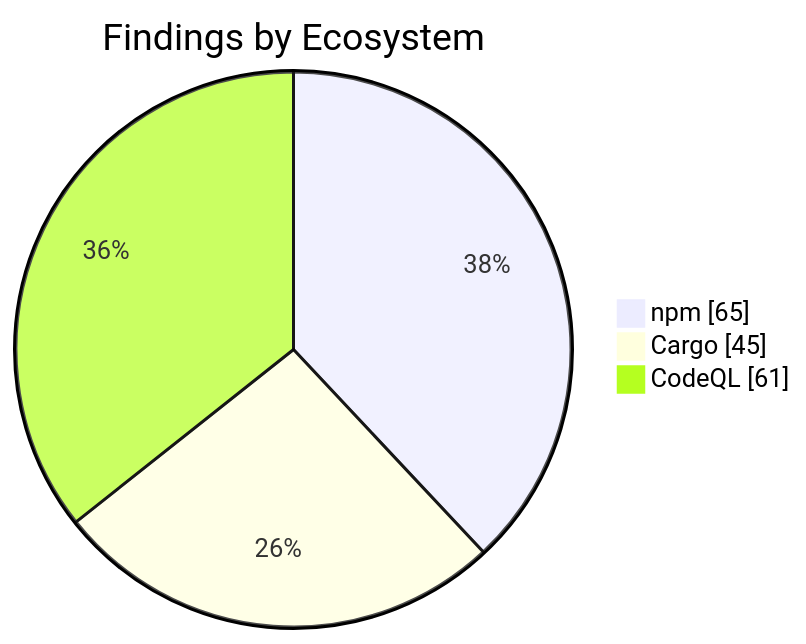
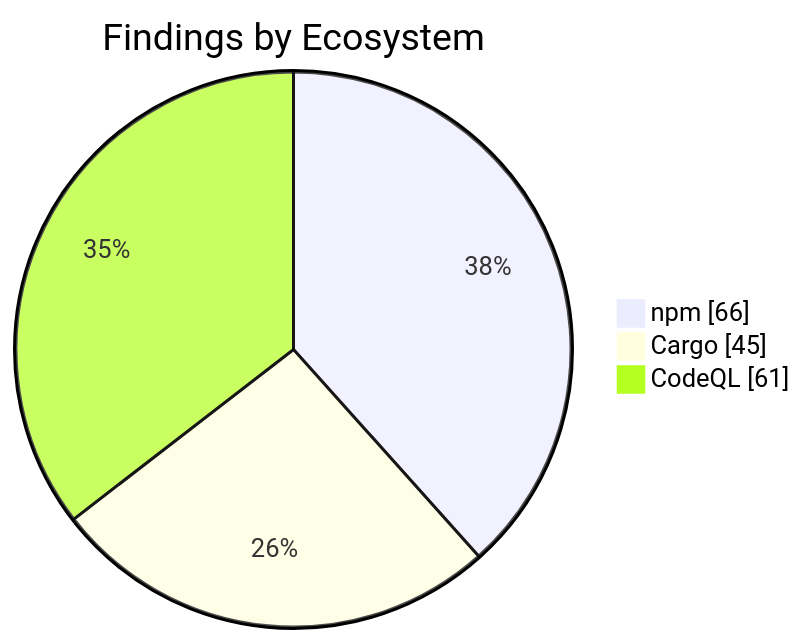
The second of 2 diagrams in apps/kbve/astro-kbve/src/content/docs/dashboard/security.mdx (KBVE/kbve), drawn with Mermaid before and after one commit. The commit also changed other lines of this file and 8 other files, not shown here.

````diff
--- a/apps/kbve/astro-kbve/src/content/docs/dashboard/security.mdx
+++ b/apps/kbve/astro-kbve/src/content/docs/dashboard/security.mdx
@@ -73,7 +73,7 @@
 ```mermaid
 pie showData
     title Findings by Ecosystem
-    "npm" : 65
+    "npm" : 66
     "Cargo" : 45
     "CodeQL" : 61
 ```
````
